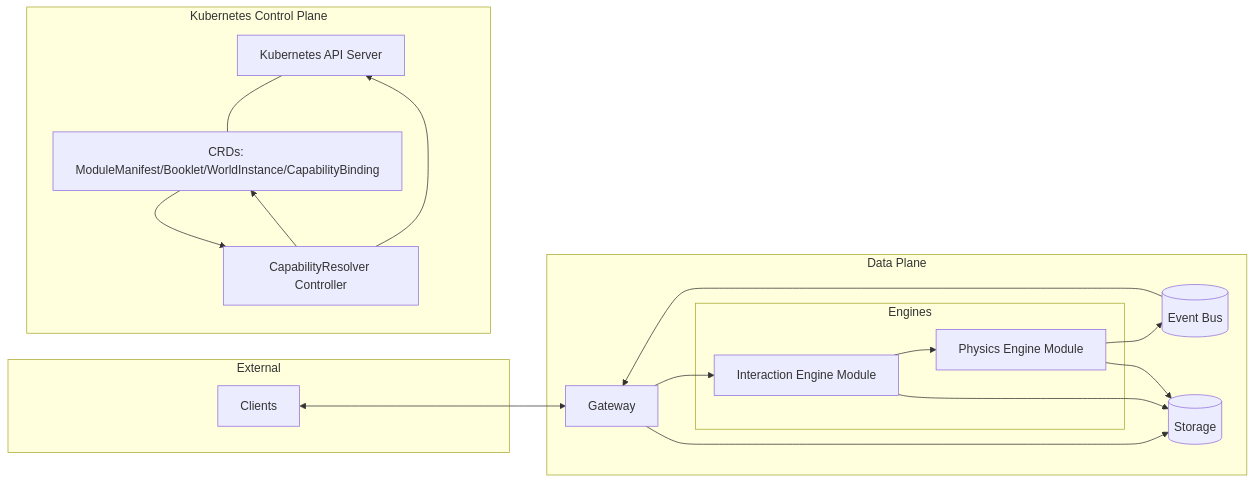
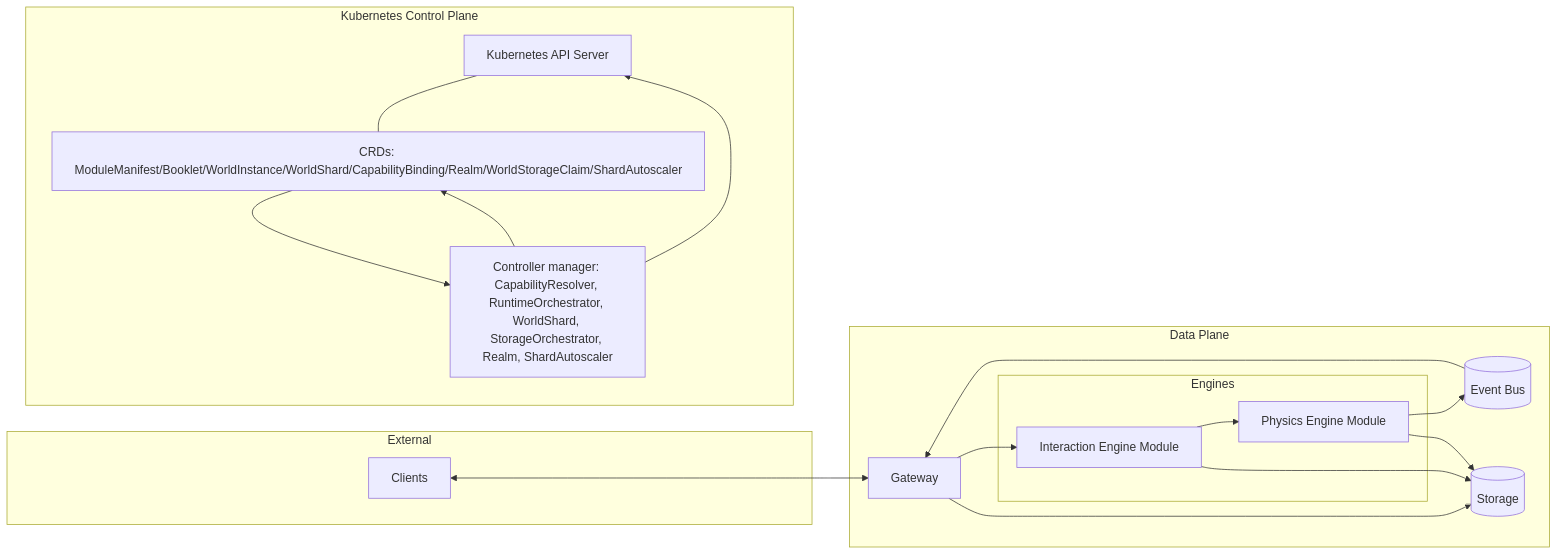
The second of 2 diagrams in docs/platform-architecture.md (bayleafwalker/bindery-core), drawn with Mermaid before and after one commit. The commit also changed other lines of this file and 20 other files, not shown here.

````diff
--- a/docs/platform-architecture.md
+++ b/docs/platform-architecture.md
@@ -181,48 +213,48 @@
 ```mermaid
 flowchart LR
   %% External
   subgraph External
     C[Clients]
   end
 
   %% Control plane
   subgraph Kubernetes Control Plane
     API[Kubernetes API Server]
-    CRDs[CRDs: ModuleManifest/Booklet/WorldInstance/CapabilityBinding]
-    R[CapabilityResolver Controller]
+    CRDs[CRDs: ModuleManifest/Booklet/WorldInstance/WorldShard/CapabilityBinding/Realm/WorldStorageClaim/ShardAutoscaler]
+    R[Controller manager: CapabilityResolver, RuntimeOrchestrator, WorldShard, StorageOrchestrator, Realm, ShardAutoscaler]
     API --- CRDs
     R --> API
   end
 
   %% Data plane
   subgraph Data Plane
     GW[Gateway]
 
     subgraph Engines
       IE[Interaction Engine Module]
       PE[Physics Engine Module]
     end
 
     Bus[(Event Bus)]
     Store[(Storage)]
   end
 
   C <--> GW
 
   %% Routing to engines (RPC boundary)
   GW --> IE
   IE --> PE
 
   %% Async distribution
   PE --> Bus
   Bus --> GW
 
   %% Persistence (optional, implementation-specific)
   GW --> Store
   IE --> Store
   PE --> Store
 
   %% Resolver influences runtime wiring via bindings
   CRDs --> R
   R --> CRDs
 ```
````
